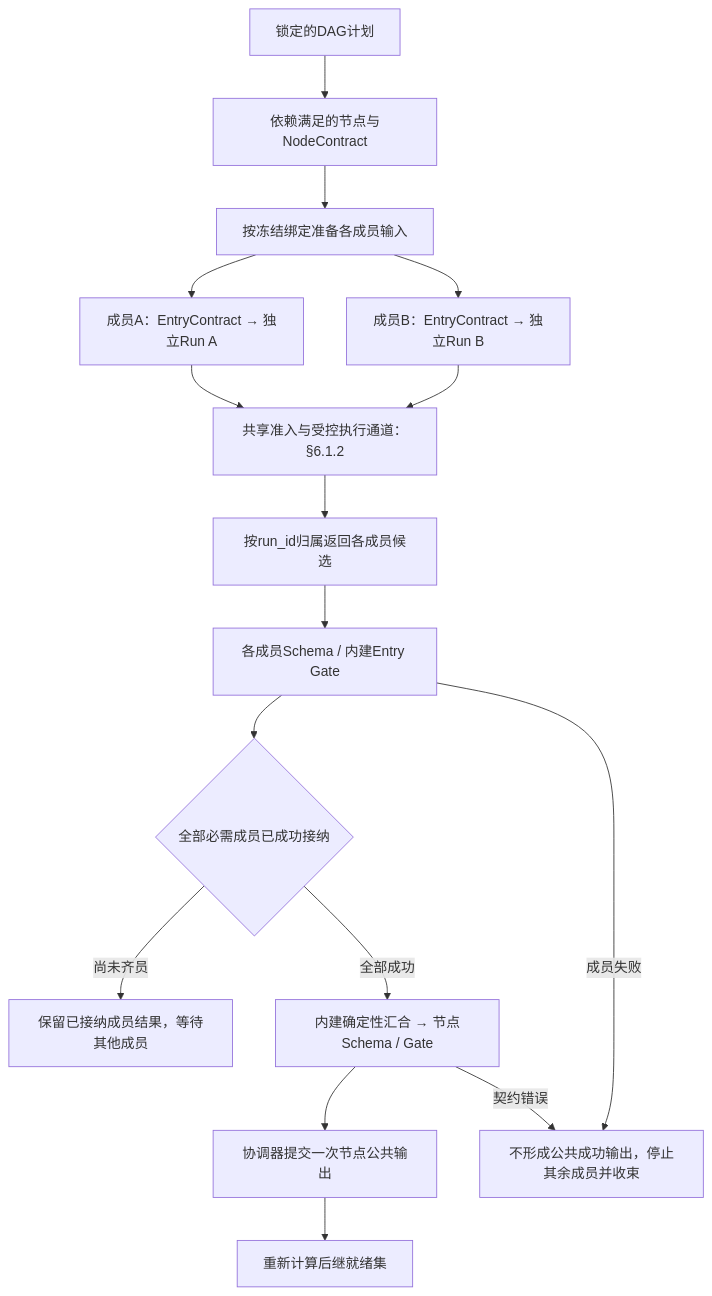
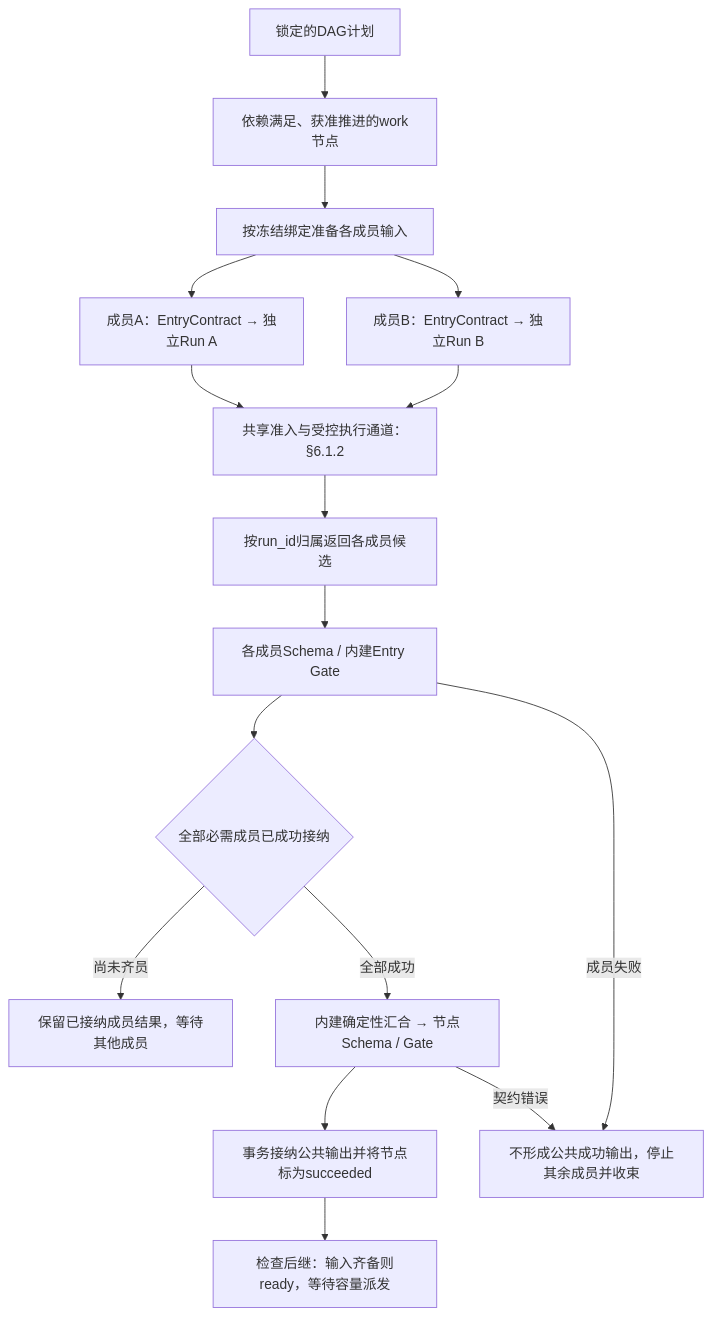
The fourth of 4 diagrams in docs/design/10-goal-dag-orchestration.md (xforce-io/taskloop), drawn with Mermaid before and after one commit. The commit also changed other lines of this file and 27 other files, not shown here.

````diff
--- a/docs/design/10-goal-dag-orchestration.md
+++ b/docs/design/10-goal-dag-orchestration.md
@@ -198,18 +192,18 @@
 ```mermaid
 flowchart TD
- P[锁定的DAG计划] --> N[依赖满足的节点与NodeContract]
+ P[锁定的DAG计划] --> N[依赖满足、获准推进的work节点]
  N --> I[按冻结绑定准备各成员输入]
  I --> A[成员A：EntryContract → 独立Run A]
  I --> B[成员B：EntryContract → 独立Run B]
  A --> R[共享准入与受控执行通道：§6.1.2]
  B --> R
  R --> C[按run_id归属返回各成员候选]
  C --> V[各成员Schema / 内建Entry Gate]
  V --> J{全部必需成员已成功接纳}
  J -->|尚未齐员| W[保留已接纳成员结果，等待其他成员]
  J -->|全部成功| G[内建确定性汇合 → 节点Schema / Gate]
- G --> O[协调器提交一次节点公共输出]
- O --> D[重新计算后继就绪集]
+ G --> O[事务接纳公共输出并将节点标为succeeded]
+ O --> D[检查后继：输入齐备则ready，等待容量派发]
  V -->|成员失败| F[不形成公共成功输出，停止其余成员并收束]
  G -->|契约错误| F
 ```
````
